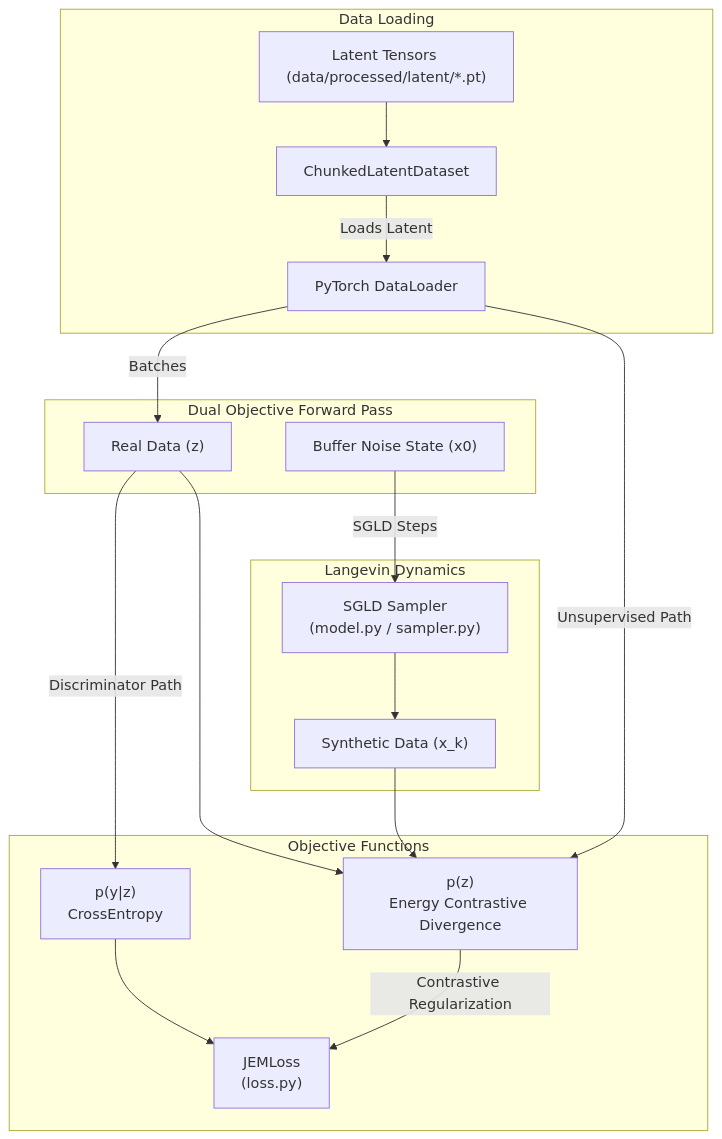
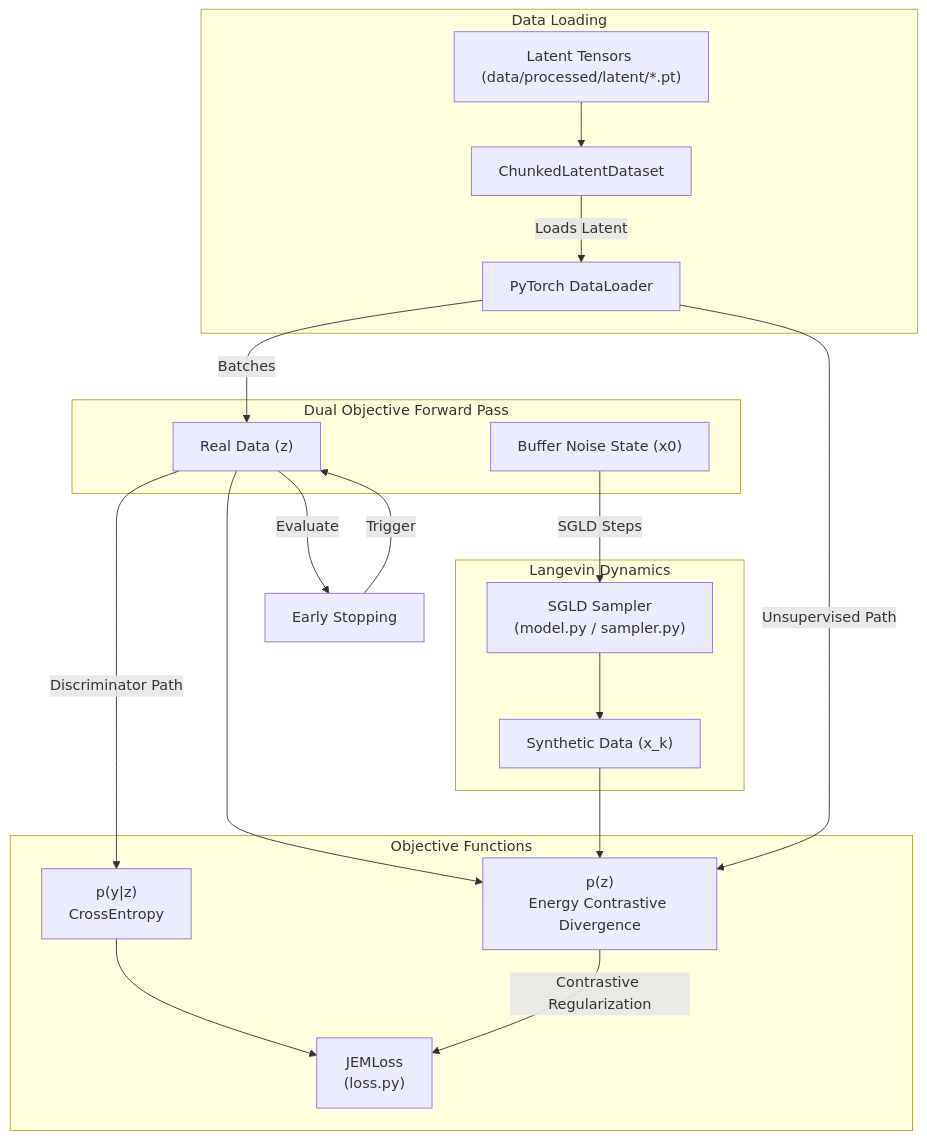
One commit to radema/jem-credit-risk changed the first of 2 diagrams in docs/pipeline/03_jem_training.md. Above: the diagram before and after it, drawn with Mermaid. The commit also changed other lines of this file and 9 other files, not shown here.

First line of the commit message:
Implement Early Stopping mechanism (BOLT-001) (#15)

````diff
--- a/docs/pipeline/03_jem_training.md
+++ b/docs/pipeline/03_jem_training.md
@@ -18,40 +18,42 @@
 ```mermaid
 graph TD;
     subgraph Data Loading
         LatentChunks["Latent Tensors (data/processed/latent/*.pt)"]
         Dataset[ChunkedLatentDataset]
         DataLoader[PyTorch DataLoader]
     end
 
     subgraph Dual Objective Forward Pass
         RealZ["Real Data (z)"]
         GenZ_Start["Buffer Noise State (x0)"]
     end
 
     subgraph Langevin Dynamics
         SGLD["SGLD Sampler<br>(model.py / sampler.py)"]
         GenZ_End["Synthetic Data (x_k)"]
     end
 
     subgraph Objective Functions
         JEMLoss["JEMLoss<br>(loss.py)"]
         ClassLoss["p(y|z)<br>CrossEntropy"]
         EnergyLoss["p(z)<br>Energy Contrastive Divergence"]
     end
 
     Dataset -->|Loads Latent| DataLoader
     DataLoader -->|Batches| RealZ
 
     RealZ -->|Discriminator Path| ClassLoss
     ClassLoss --> JEMLoss
 
     LatentChunks --> Dataset
 
     DataLoader -->|Unsupervised Path| EnergyLoss
     RealZ --> EnergyLoss
+    RealZ -->|Evaluate| EarlyStop[Early Stopping]
+    EarlyStop -->|Trigger| RealZ
 
     GenZ_Start -->|SGLD Steps| SGLD
     SGLD --> GenZ_End
     GenZ_End --> EnergyLoss
     EnergyLoss -->|Contrastive Regularization| JEMLoss
 ```
````
